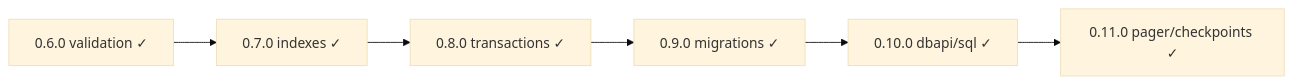
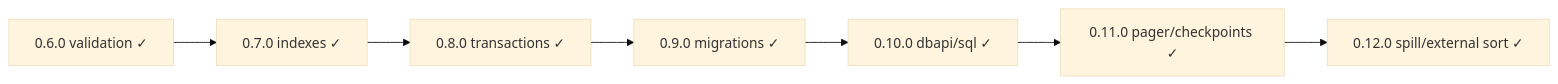
Before and after one commit to eddiethedean/typra: the diagram in ROADMAP.md, drawn with Mermaid (base theme). The commit also changed other lines of this file, not shown here.

First line of the commit message:
docs(roadmap): mark 0.12.0 delivered

````diff
--- a/ROADMAP.md
+++ b/ROADMAP.md
@@ -46,10 +46,11 @@
 ```mermaid
 flowchart LR
   v060["0.6.0 validation ✓"]
   v070["0.7.0 indexes ✓"]
   v080["0.8.0 transactions ✓"]
   v090["0.9.0 migrations ✓"]
   v100["0.10.0 dbapi/sql ✓"]
   v110["0.11.0 pager/checkpoints ✓"]
-  v060 --> v070 --> v080 --> v090 --> v100 --> v110
+  v120["0.12.0 spill/external sort ✓"]
+  v060 --> v070 --> v080 --> v090 --> v100 --> v110 --> v120
 ```
````
